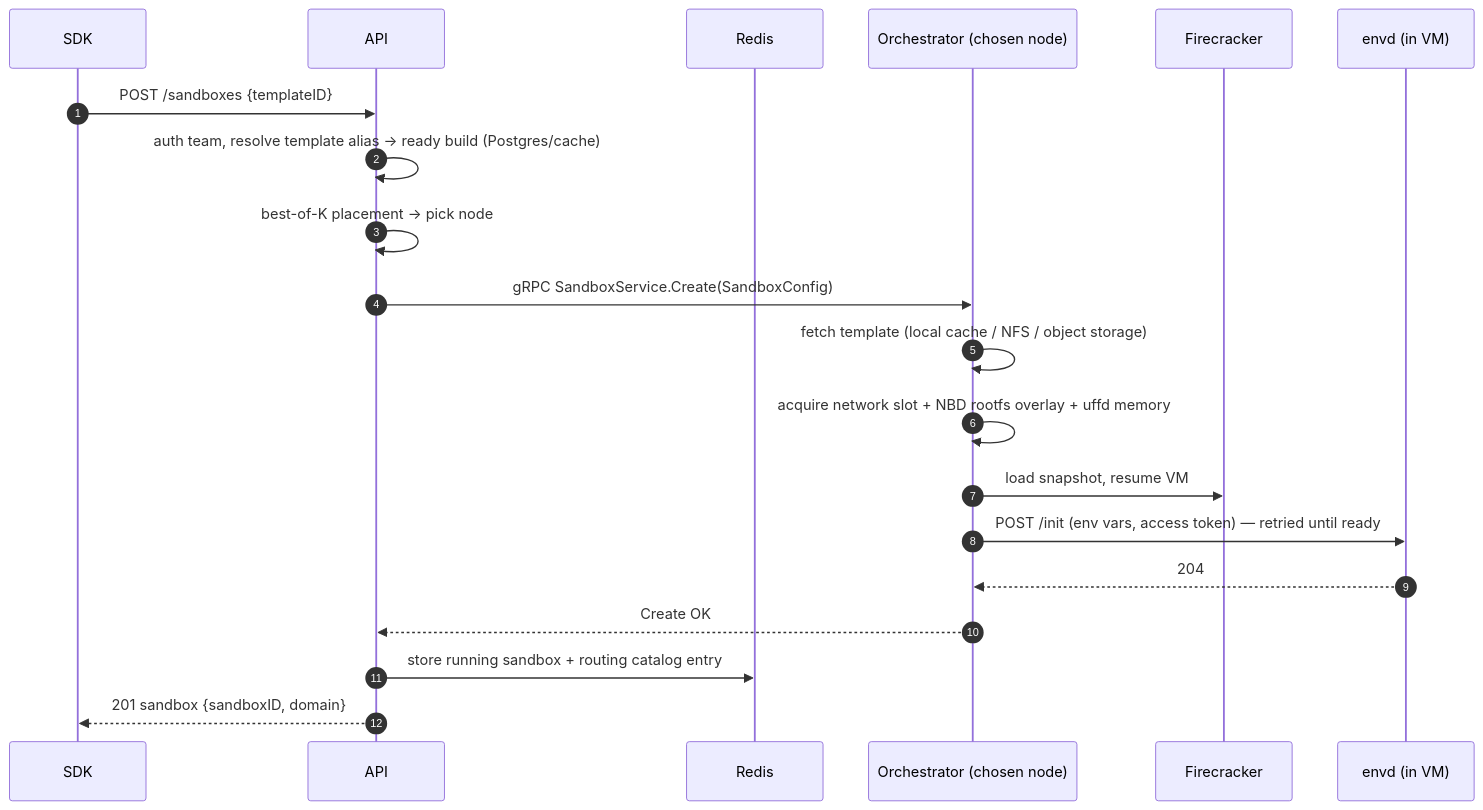
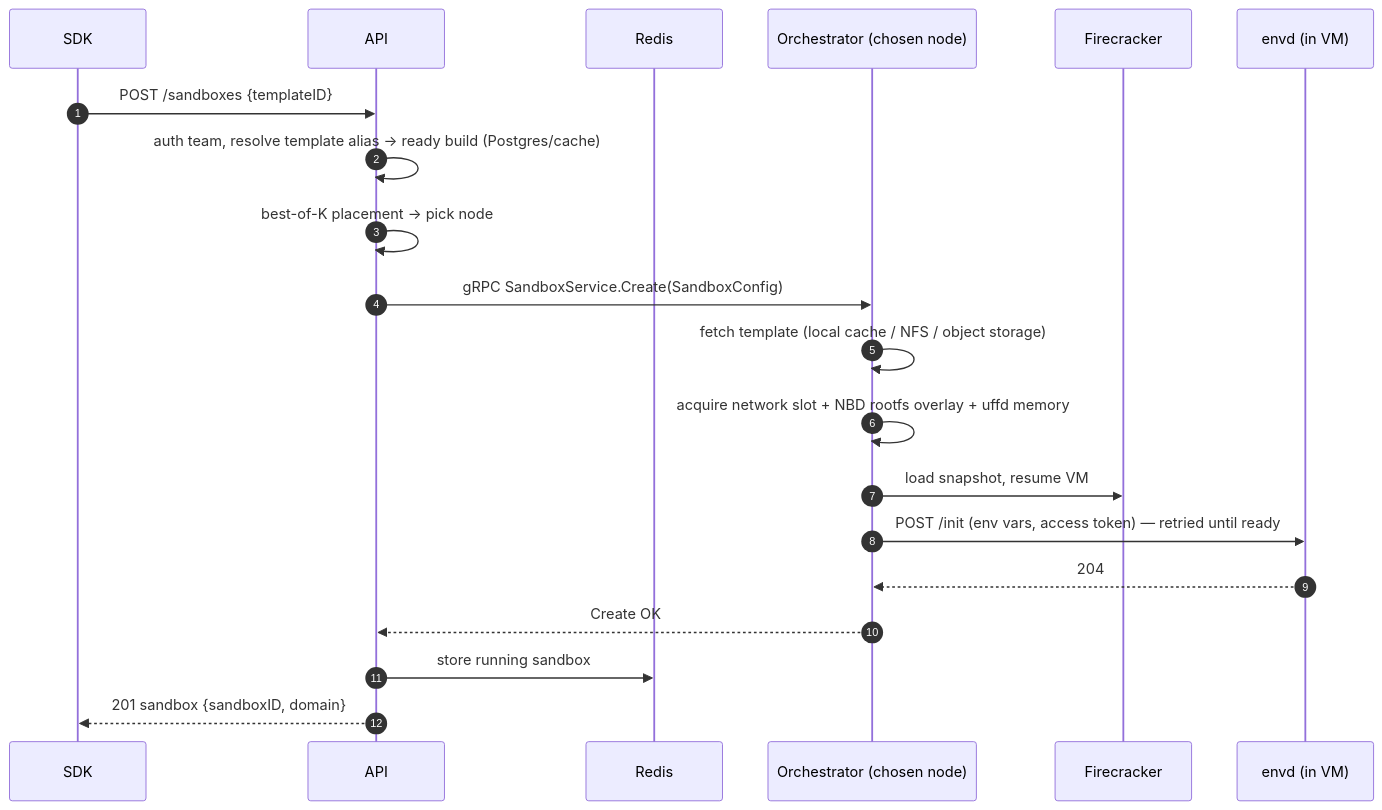
Before and after one commit to AdaAibaby/infra: the second of 6 diagrams in docs/ARCHITECTURE.md, drawn with Mermaid. The commit also changed other lines of this file and 21 other files, not shown here.

Commit message:
feat(api): stop writing the sandbox routing record

````diff
--- a/docs/ARCHITECTURE.md
+++ b/docs/ARCHITECTURE.md
@@ -421,23 +421,23 @@
 ```mermaid
 sequenceDiagram
     autonumber
     participant C as SDK
     participant API as API
     participant R as Redis
     participant O as Orchestrator (chosen node)
     participant FC as Firecracker
     participant E as envd (in VM)
 
     C->>API: POST /sandboxes {templateID}
     API->>API: auth team, resolve template alias → ready build (Postgres/cache)
     API->>API: best-of-K placement → pick node
     API->>O: gRPC SandboxService.Create(SandboxConfig)
     O->>O: fetch template (local cache / NFS / object storage)
     O->>O: acquire network slot + NBD rootfs overlay + uffd memory
     O->>FC: load snapshot, resume VM
     O->>E: POST /init (env vars, access token) — retried until ready
     E-->>O: 204
     O-->>API: Create OK
-    API->>R: store running sandbox + routing catalog entry
+    API->>R: store running sandbox
     API-->>C: 201 sandbox {sandboxID, domain}
 ```
````
